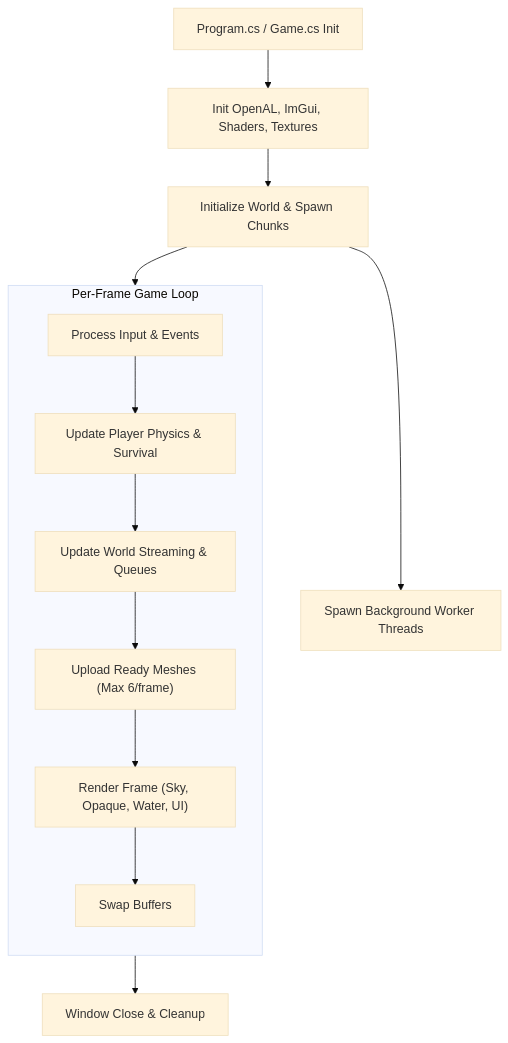
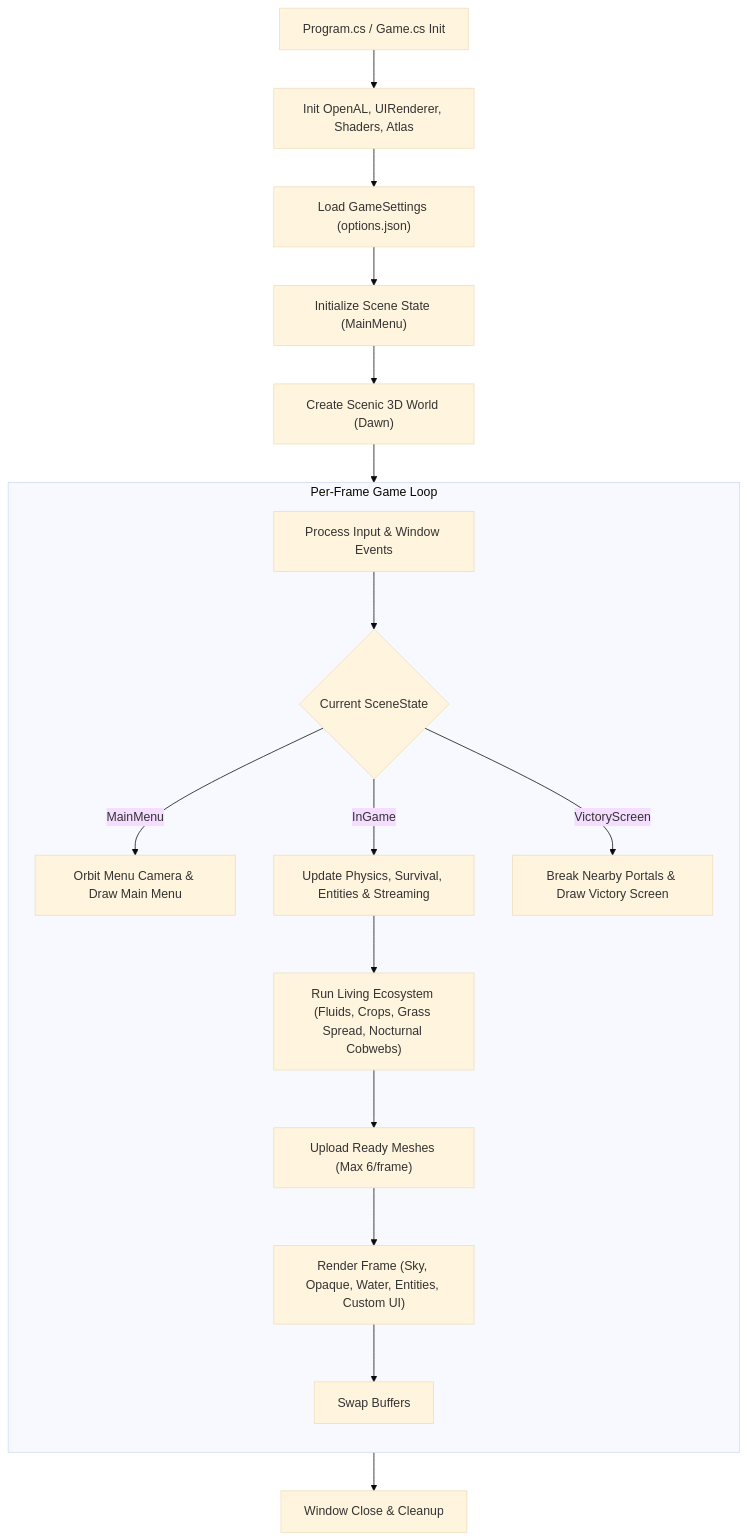
The first of 3 diagrams in docs/flow.md (SpoiledUnknown/VelmoraCraft), drawn with Mermaid (base theme) before and after one commit. The commit also changed other lines of this file and 206 other files, not shown here.

````diff
--- a/docs/flow.md
+++ b/docs/flow.md
@@ -9,18 +9,22 @@
 ```mermaid
 flowchart TD
-    Init["Program.cs / Game.cs Init"] --> Subsystems["Init OpenAL, ImGui, Shaders, Textures"]
-    Subsystems --> WorldSpawn["Initialize World & Spawn Chunks"]
-    WorldSpawn --> Workers["Spawn Background Worker Threads"]
-    WorldSpawn --> GameLoop["Run Main Game Loop"]
+    Init["Program.cs / Game.cs Init"] --> Subsystems["Init OpenAL, UIRenderer, Shaders, Atlas"]
+    Subsystems --> SettingsLoad["Load GameSettings (options.json)"]
+    SettingsLoad --> SceneInit["Initialize Scene State (MainMenu)"]
+    SceneInit --> MenuWorld["Create Scenic 3D World (Dawn)"]
+    MenuWorld --> GameLoop["Run Main Game Loop"]
 
     subgraph GameLoop["Per-Frame Game Loop"]
         direction TB
-        Input["Process Input & Events"] --> Physics["Update Player Physics & Survival"]
-        Physics --> Streaming["Update World Streaming & Queues"]
-        Streaming --> GPUUpload["Upload Ready Meshes (Max 6/frame)"]
-        GPUUpload --> RenderPasses["Render Frame (Sky, Opaque, Water, UI)"]
+        Input["Process Input & Window Events"] --> SceneBranch{"Current SceneState"}
+        SceneBranch -->|MainMenu| MenuUpdate["Orbit Menu Camera & Draw Main Menu"]
+        SceneBranch -->|InGame| InGameUpdate["Update Physics, Survival, Entities & Streaming"]
+        SceneBranch -->|VictoryScreen| VictoryUpdate["Break Nearby Portals & Draw Victory Screen"]
+        InGameUpdate --> Simulations["Run Living Ecosystem (Fluids, Crops, Grass Spread, Nocturnal Cobwebs)"]
+        Simulations --> GPUUpload["Upload Ready Meshes (Max 6/frame)"]
+        GPUUpload --> RenderPasses["Render Frame (Sky, Opaque, Water, Entities, Custom UI)"]
         RenderPasses --> Swap["Swap Buffers"]
     end
 
     GameLoop --> Shutdown["Window Close & Cleanup"]
 ```
````
